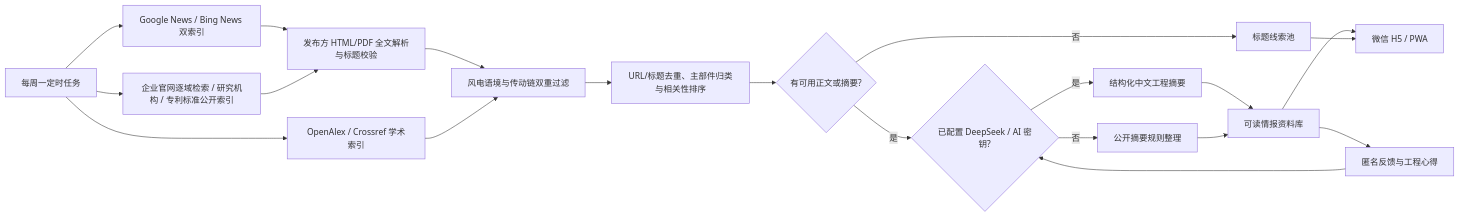
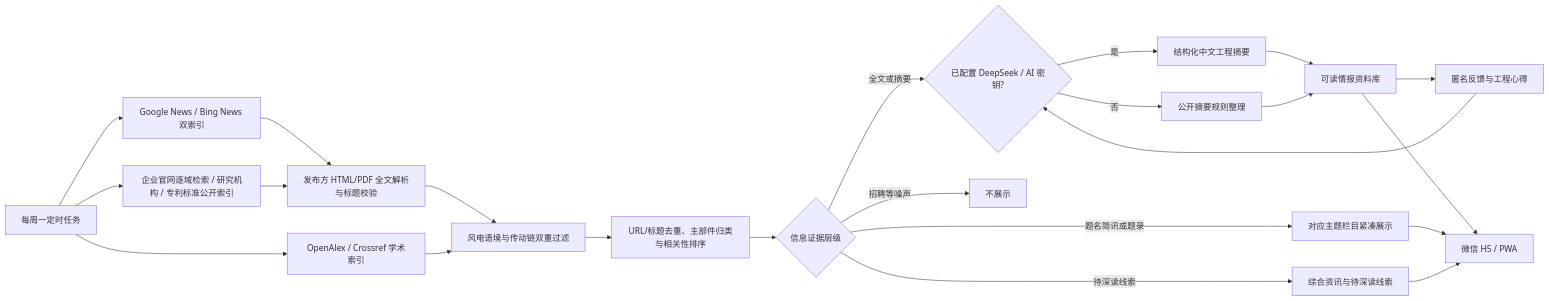
Before and after one commit to WxF5ve/wind-drivetrain-intelligence: the diagram in README.md, drawn with Mermaid. The commit also changed other lines of this file and 12 other files, not shown here.

````diff
--- a/README.md
+++ b/README.md
@@ -102,22 +102,25 @@
 ```mermaid
 flowchart LR
     A["每周一定时任务"] --> B["Google News / Bing News 双索引"]
     A --> C["OpenAlex / Crossref 学术索引"]
     A --> W["企业官网逐域检索 / 研究机构 / 专利标准公开索引"]
     B --> D["发布方 HTML/PDF 全文解析与标题校验"]
     D --> E["风电语境与传动链双重过滤"]
     C --> E
     W --> D
     E --> F["URL/标题去重、主部件归类与相关性排序"]
-    F --> Q{"有可用正文或摘要?"}
-    Q -- "否" --> M["标题线索池"]
-    Q -- "是" --> G{"已配置 DeepSeek / AI 密钥?"}
+    F --> Q{"信息证据层级"}
+    Q -- "全文或摘要" --> G{"已配置 DeepSeek / AI 密钥?"}
+    Q -- "题名简讯或题录" --> T["对应主题栏目紧凑展示"]
+    Q -- "待深读线索" --> M["综合资讯与待深读线索"]
+    Q -- "招聘等噪声" --> X["不展示"]
     G -- "是" --> H["结构化中文工程摘要"]
     G -- "否" --> I["公开摘要规则整理"]
     H --> J["可读情报资料库"]
     I --> J
     J --> L["匿名反馈与工程心得"]
     L --> G
     J --> K["微信 H5 / PWA"]
+    T --> K
     M --> K
 ```
````
